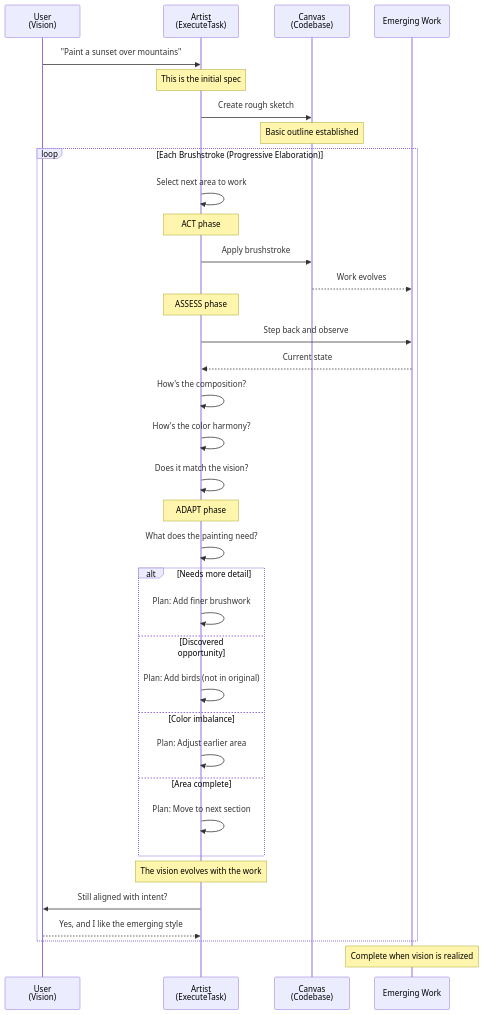
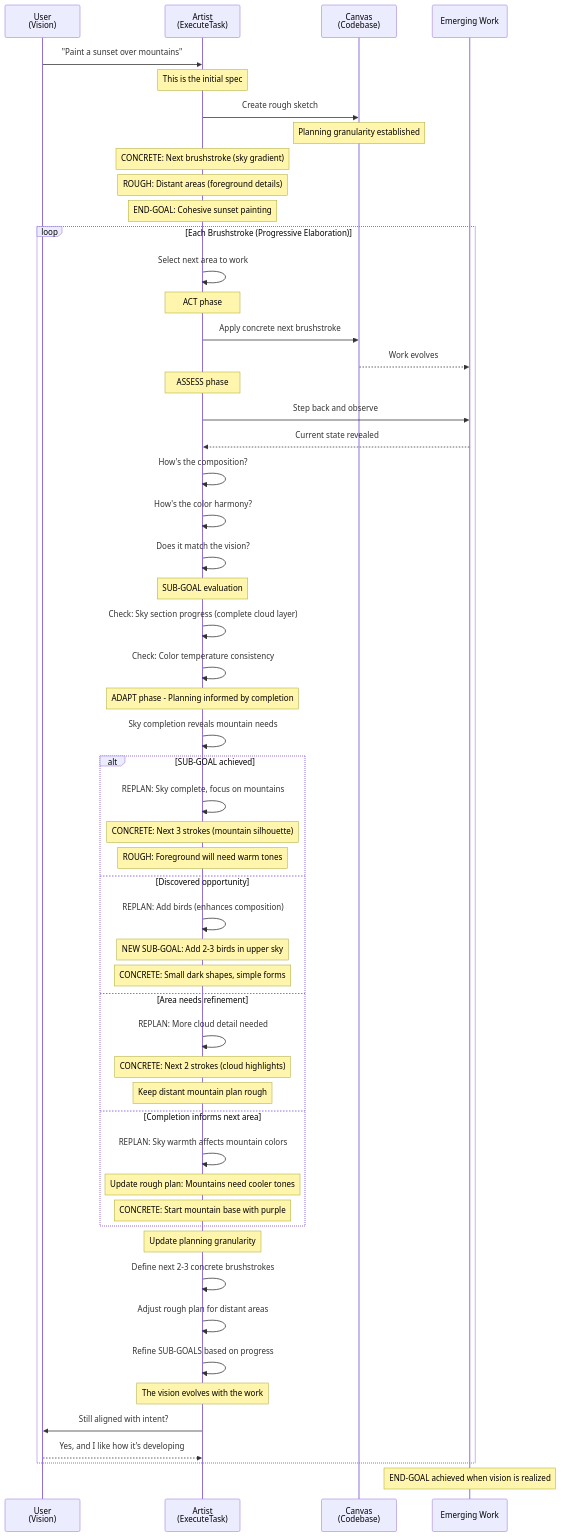
Before and after one commit to darrhal/TaskExecutionFramework: the second of 3 diagrams in Specs/EXECUTION_FLOW_METAPHORS.md, drawn with Mermaid. The commit also changed other lines of this file and 2 other files, not shown here.

````diff
--- a/Specs/EXECUTION_FLOW_METAPHORS.md
+++ b/Specs/EXECUTION_FLOW_METAPHORS.md
@@ -202,47 +117,67 @@
 ```mermaid
 sequenceDiagram
     participant User as User<br/>(Vision)
     participant Artist as Artist<br/>(ExecuteTask)
     participant Canvas as Canvas<br/>(Codebase)
     participant Painting as Emerging Work
     
     User->>Artist: "Paint a sunset over mountains"
     Note over Artist: This is the initial spec
     
     Artist->>Canvas: Create rough sketch
-    Note over Canvas: Basic outline established
+    Note over Canvas: Planning granularity established
+    Note over Artist: CONCRETE: Next brushstroke (sky gradient)
+    Note over Artist: ROUGH: Distant areas (foreground details)
+    Note over Artist: END-GOAL: Cohesive sunset painting
     
     loop Each Brushstroke (Progressive Elaboration)
         Artist->>Artist: Select next area to work
         
         Note over Artist: ACT phase
-        Artist->>Canvas: Apply brushstroke
+        Artist->>Canvas: Apply concrete next brushstroke
         Canvas-->>Painting: Work evolves
         
         Note over Artist: ASSESS phase
         Artist->>Painting: Step back and observe
-        Painting-->>Artist: Current state
+        Painting-->>Artist: Current state revealed
         Artist->>Artist: How's the composition?
         Artist->>Artist: How's the color harmony?
         Artist->>Artist: Does it match the vision?
         
-        Note over Artist: ADAPT phase
-        Artist->>Artist: What does the painting need?
+        Note over Artist: SUB-GOAL evaluation
+        Artist->>Artist: Check: Sky section progress (complete cloud layer)
+        Artist->>Artist: Check: Color temperature consistency
         
-        alt Needs more detail
-            Artist->>Artist: Plan: Add finer brushwork
+        Note over Artist: ADAPT phase - Planning informed by completion
+        Artist->>Artist: Sky completion reveals mountain needs
+        
+        alt SUB-GOAL achieved
+            Artist->>Artist: REPLAN: Sky complete, focus on mountains
+            Note over Artist: CONCRETE: Next 3 strokes (mountain silhouette)
+            Note over Artist: ROUGH: Foreground will need warm tones
         else Discovered opportunity
-            Artist->>Artist: Plan: Add birds (not in original)
-        else Color imbalance
-            Artist->>Artist: Plan: Adjust earlier area
-        else Area complete
-            Artist->>Artist: Plan: Move to next section
+            Artist->>Artist: REPLAN: Add birds (enhances composition)
+            Note over Artist: NEW SUB-GOAL: Add 2-3 birds in upper sky
+            Note over Artist: CONCRETE: Small dark shapes, simple forms
+        else Area needs refinement
+            Artist->>Artist: REPLAN: More cloud detail needed
+            Note over Artist: CONCRETE: Next 2 strokes (cloud highlights)
+            Note over Artist: Keep distant mountain plan rough
+        else Completion informs next area
+            Artist->>Artist: REPLAN: Sky warmth affects mountain colors
+            Note over Artist: Update rough plan: Mountains need cooler tones
+            Note over Artist: CONCRETE: Start mountain base with purple
         end
+        
+        Note over Artist: Update planning granularity
+        Artist->>Artist: Define next 2-3 concrete brushstrokes
+        Artist->>Artist: Adjust rough plan for distant areas
+        Artist->>Artist: Refine SUB-GOALS based on progress
         
         Note over Artist: The vision evolves with the work
         Artist->>User: Still aligned with intent?
-        User-->>Artist: Yes, and I like the emerging style
+        User-->>Artist: Yes, and I like how it's developing
     end
     
-    Note over Painting: Complete when vision is realized
+    Note over Painting: END-GOAL achieved when vision is realized
 ```
````
